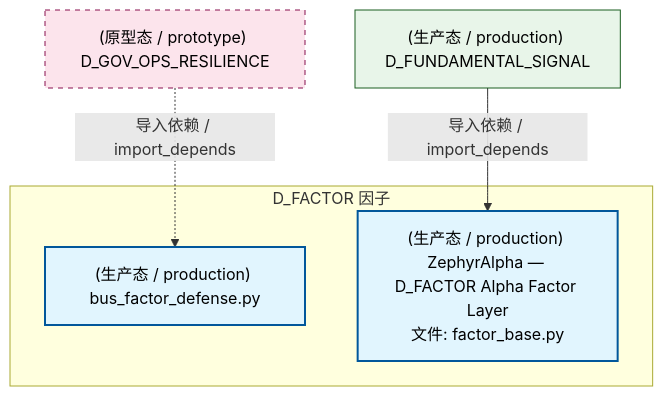
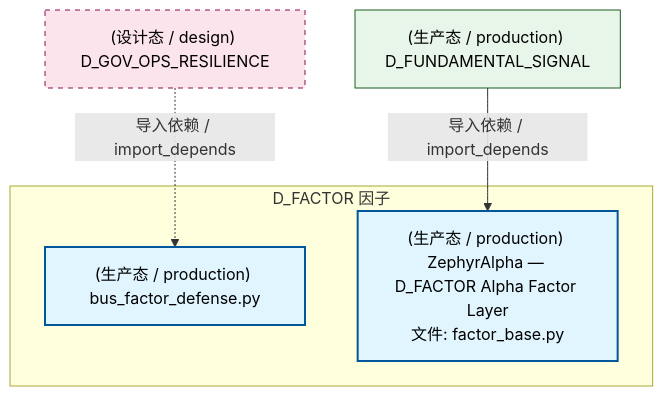
The second of 4 diagrams in docs/02_enterprise_architecture/02_domain_architecture_docs/36_d_factor.md (xuanFelixVan/ZephyrAlpha), drawn with Mermaid before and after one commit. The commit also changed other lines of this file and 177 other files, not shown here.

````diff
--- a/docs/02_enterprise_architecture/02_domain_architecture_docs/36_d_factor.md
+++ b/docs/02_enterprise_architecture/02_domain_architecture_docs/36_d_factor.md
@@ -102,18 +101,18 @@
 ```mermaid
 graph TD
     subgraph D_FACTOR["D_FACTOR 因子"]
         src_zephyr_factor_bus_factor_defense_py["(生产态 / production) bus_factor_defense.py"]
         src_zephyr_factor_factor_base_py["(生产态 / production) ZephyrAlpha — D_FACTOR Alpha Factor Layer<br/>文件: factor_base.py"]
     end
     D_FUNDAMENTAL_SIGNAL["(生产态 / production) D_FUNDAMENTAL_SIGNAL"]
     D_FUNDAMENTAL_SIGNAL -->|导入依赖 / import_depends| src_zephyr_factor_factor_base_py
-    D_GOV_OPS_RESILIENCE["(原型态 / prototype) D_GOV_OPS_RESILIENCE"]
+    D_GOV_OPS_RESILIENCE["(设计态 / design) D_GOV_OPS_RESILIENCE"]
     D_GOV_OPS_RESILIENCE -.->|导入依赖 / import_depends| src_zephyr_factor_bus_factor_defense_py
     classDef production fill:#e1f5fe,stroke:#01579b,stroke-width:2px,color:#000
     classDef design fill:#fff3e0,stroke:#e65100,stroke-width:2px,color:#000,stroke-dasharray: 5 5
     classDef external_prod fill:#e8f5e9,stroke:#1b5e20,stroke-width:1px,color:#000
     classDef external_design fill:#fce4ec,stroke:#880e4f,stroke-width:1px,color:#000,stroke-dasharray: 5 5
     class src_zephyr_factor_bus_factor_defense_py,src_zephyr_factor_factor_base_py production
     class D_FUNDAMENTAL_SIGNAL external_prod
     class D_GOV_OPS_RESILIENCE external_design
 ```
````
